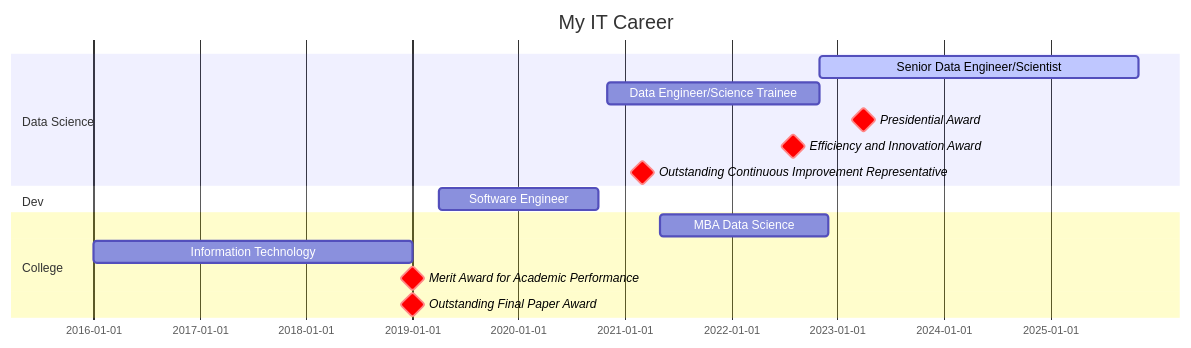
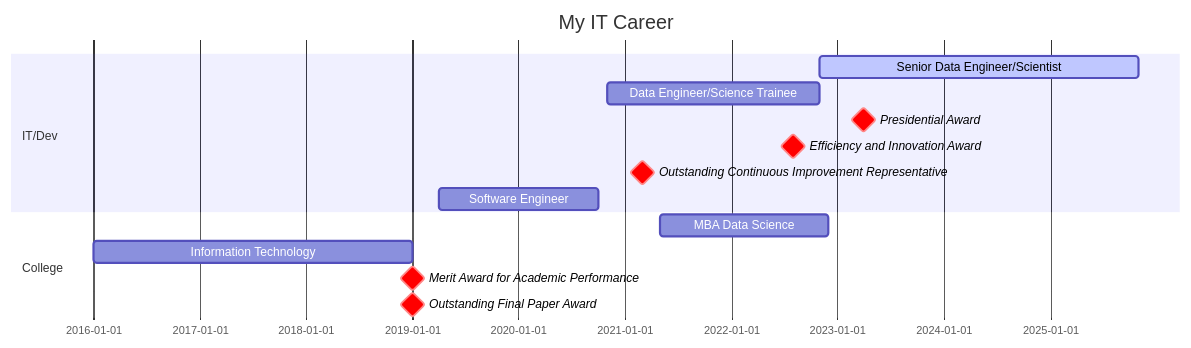
Before and after one commit to josehenriqueroveda/josehenriqueroveda: the diagram in README.md, drawn with Mermaid.

````diff
--- a/README.md
+++ b/README.md
@@ -42,21 +42,19 @@
 ```mermaid
 gantt
        dateFormat  MM-YYYY
        title My IT Career
 
-       section Data Science
+       section IT/Dev
        Senior Data Engineer/Scientist   :active,  des1, after des2, 3y
        Data Engineer/Science Trainee    :  des2, 11-2020, 11-2022
        Presidential Award   :milestone, crit, 04-2023, 1d
        Efficiency and Innovation Award   :milestone, crit, 08-2022, 1d
        Outstanding Continuous Improvement Representative   :milestone, crit, 03-2021, 1d
-
-       section Dev
        Software Engineer    :  des3, 04-2019, 10-2020
 
        section College
        MBA Data Science   : des5, 05-2021, 12-2022
        Information Technology : des6, 01-2016, 01-2019
        Merit Award for Academic Performance   :milestone, crit, 01-2019, 1d
        Outstanding Final Paper Award   :milestone, crit, 01-2019, 1d
 ```
````
